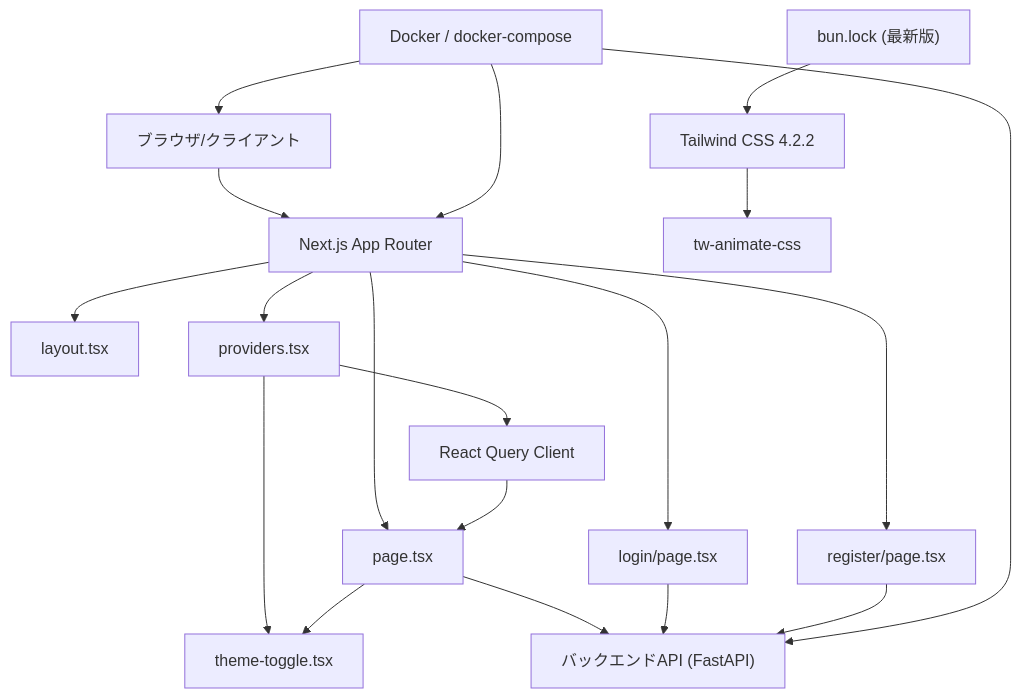
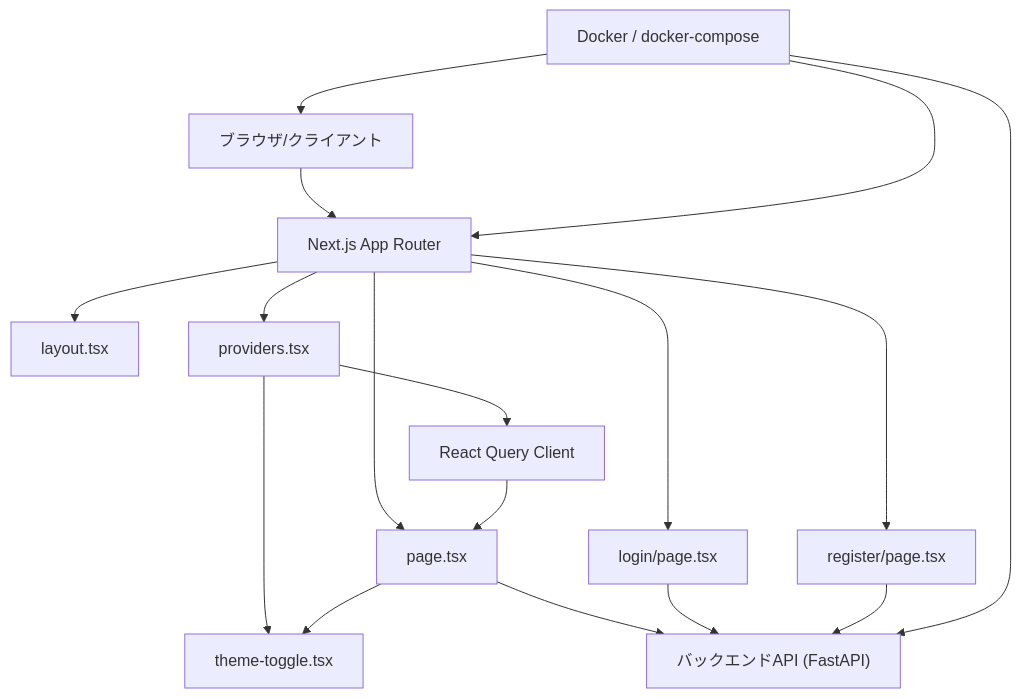
One commit to ss8806/Todos changed the second of 14 diagrams in .qoder/repowiki/ja/content/フロントエンド開発/フロントエンド開発.md. Above: the diagram before and after it, drawn with Mermaid. The commit also changed other lines of this file and 5 other files, not shown here.

First line of the commit message:
📐 Architecture Diagram詳細化

````diff
--- a/.qoder/repowiki/ja/content/フロントエンド開発/フロントエンド開発.md
+++ b/.qoder/repowiki/ja/content/フロントエンド開発/フロントエンド開発.md
@@ -227,35 +218,30 @@
 ```mermaid
 graph TB
 CLIENT["ブラウザ/クライアント"]
 NEXT["Next.js App Router"]
 LAYOUTCOMP["layout.tsx"]
 PAGECOMP["page.tsx"]
 LOGINCOMP["login/page.tsx"]
 REGISTERCOMP["register/page.tsx"]
 PROVIDERSCOMP["providers.tsx"]
 THEMETOGGLECOMP["theme-toggle.tsx"]
 QUERYCLIENT["React Query Client"]
 API["バックエンドAPI (FastAPI)"]
 DOCKER["Docker / docker-compose"]
-TAILWIND4["Tailwind CSS 4.2.2"]
-TWANIMATE["tw-animate-css"]
-BUNLOCK["bun.lock (最新版)"]
 CLIENT --> NEXT
 NEXT --> LAYOUTCOMP
 NEXT --> PAGECOMP
 NEXT --> LOGINCOMP
 NEXT --> REGISTERCOMP
 NEXT --> PROVIDERSCOMP
 PROVIDERSCOMP --> THEMETOGGLECOMP
 PROVIDERSCOMP --> QUERYCLIENT
 QUERYCLIENT --> PAGECOMP
 PAGECOMP --> API
 PAGECOMP --> THEMETOGGLECOMP
 LOGINCOMP --> API
 REGISTERCOMP --> API
 DOCKER --> CLIENT
 DOCKER --> NEXT
 DOCKER --> API
-TAILWIND4 --> TWANIMATE
-BUNLOCK --> TAILWIND4
 ```
````
